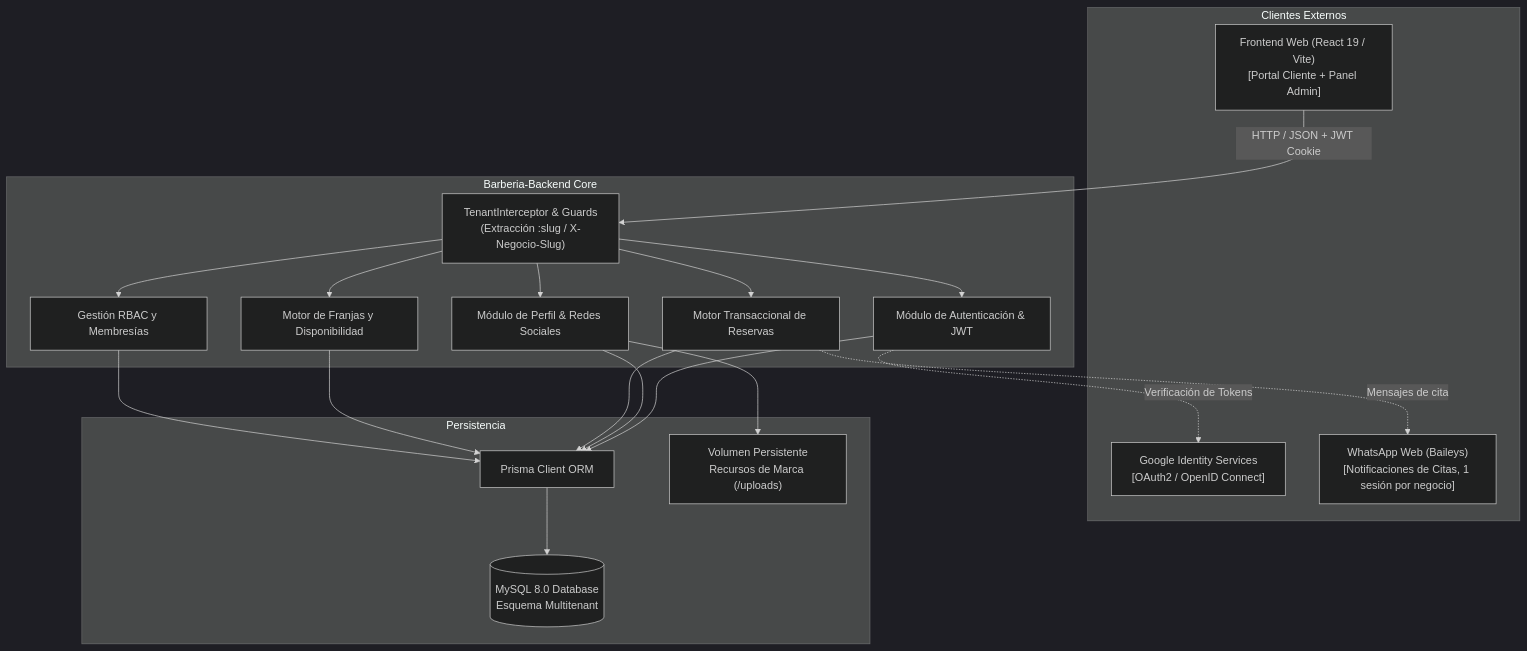
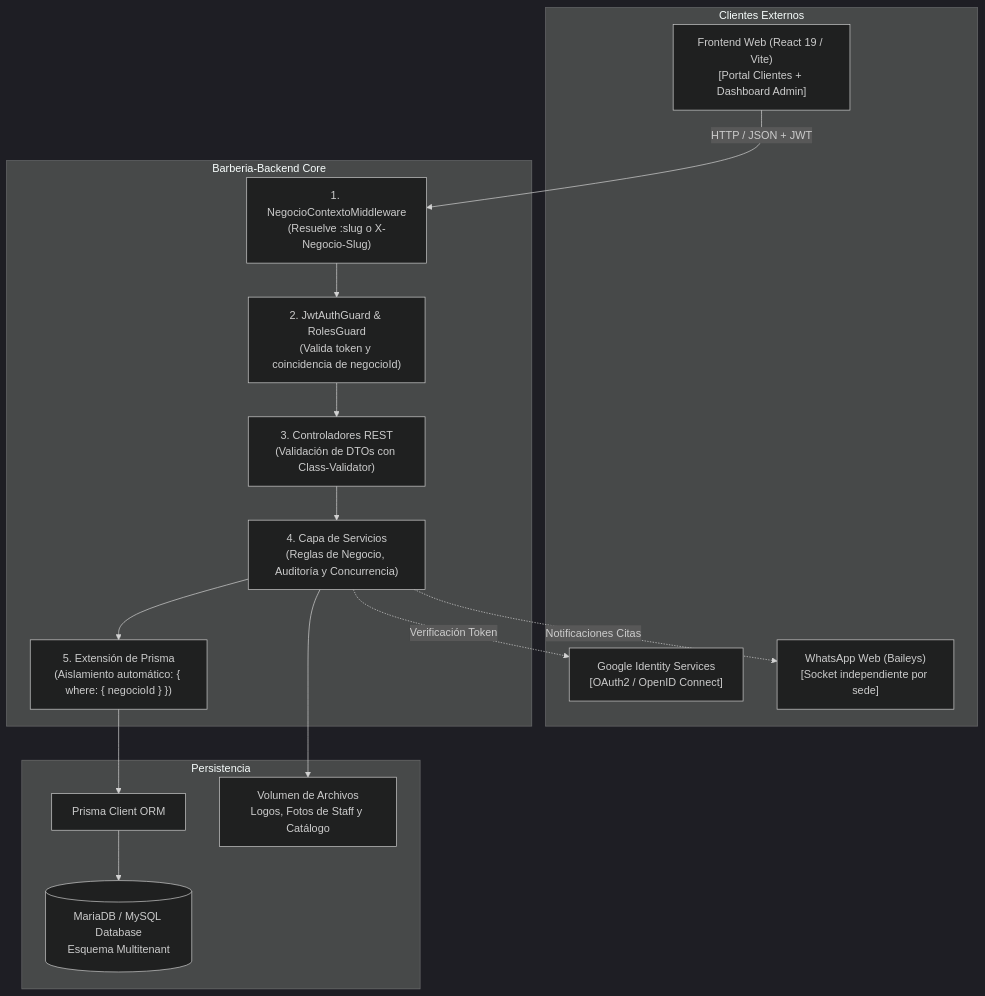
Before and after one commit to dfelipe7/Barberia-Backend: the diagram in README.md, drawn with Mermaid (dark theme). The commit also changed other lines of this file and 67 other files, not shown here.

````diff
--- a/README.md
+++ b/README.md
@@ -45,37 +27,34 @@
 ```mermaid
 flowchart TD
     subgraph Clientes Externos
-        WebClient["Frontend Web (React 19 / Vite)\n[Portal Cliente + Panel Admin]"]
+        WebClient["Frontend Web (React 19 / Vite)\n[Portal Clientes + Dashboard Admin]"]
         GoogleAuth["Google Identity Services\n[OAuth2 / OpenID Connect]"]
-        WAGateway["WhatsApp Web (Baileys)\n[Notificaciones de Citas, 1 sesión por negocio]"]
+        WAGateway["WhatsApp Web (Baileys)\n[Socket independiente por sede]"]
     end
 
     subgraph Backend NestJS [Barberia-Backend Core]
-        TenantGuard["TenantInterceptor & Guards\n(Extracción :slug / X-Negocio-Slug)"]
-        AuthModule["Módulo de Autenticación & JWT"]
-        NegocioModule["Módulo de Perfil & Redes Sociales"]
-        ReservaModule["Motor Transaccional de Reservas"]
-        HorarioModule["Motor de Franjas y Disponibilidad"]
-        UsuariosModule["Gestión RBAC y Membresías"]
+        TenantMiddleware["1. NegocioContextoMiddleware\n(Resuelve :slug o X-Negocio-Slug)"]
+        GuardsLayer["2. JwtAuthGuard & RolesGuard\n(Valida token y coincidencia de negocioId)"]
+        ControllersLayer["3. Controladores REST\n(Validación de DTOs con Class-Validator)"]
+        ServicesLayer["4. Capa de Servicios\n(Reglas de Negocio, Auditoría y Concurrencia)"]
+        PrismaExt["5. Extensión de Prisma\n(Aislamiento automático: { where: { negocioId } })"]
     end
 
     subgraph Persistencia
         PrismaORM["Prisma Client ORM"]
-        MySQL[(MySQL 8.0 Database\nEsquema Multitenant)]
-        FileSystem["Volumen Persistente\nRecursos de Marca (/uploads)"]
+        MySQL[(MariaDB / MySQL Database\nEsquema Multitenant)]
+        FileSystem["Volumen de Archivos\nLogos, Fotos de Staff y Catálogo"]
     end
 
-    WebClient -->|HTTP / JSON + JWT Cookie| TenantGuard
-    TenantGuard --> AuthModule
-    TenantGuard --> NegocioModule
-    TenantGuard --> ReservaModule
-    TenantGuard --> HorarioModule
-    TenantGuard --> UsuariosModule
+    WebClient -->|HTTP / JSON + JWT| TenantMiddleware
+    TenantMiddleware --> GuardsLayer
+    GuardsLayer --> ControllersLayer
+    ControllersLayer --> ServicesLayer
+    ServicesLayer --> PrismaExt
+    PrismaExt --> PrismaORM
+    PrismaORM --> MySQL
 
-    AuthModule -.->|Verificación de Tokens| GoogleAuth
-    ReservaModule -.->|Mensajes de cita| WAGateway
-
-    AuthModule & NegocioModule & ReservaModule & HorarioModule & UsuariosModule --> PrismaORM
-    NegocioModule --> FileSystem
-    PrismaORM --> MySQL
+    ServicesLayer -.->|Verificación Token| GoogleAuth
+    ServicesLayer -.->|Notificaciones Citas| WAGateway
+    ServicesLayer --> FileSystem
 ```
````
